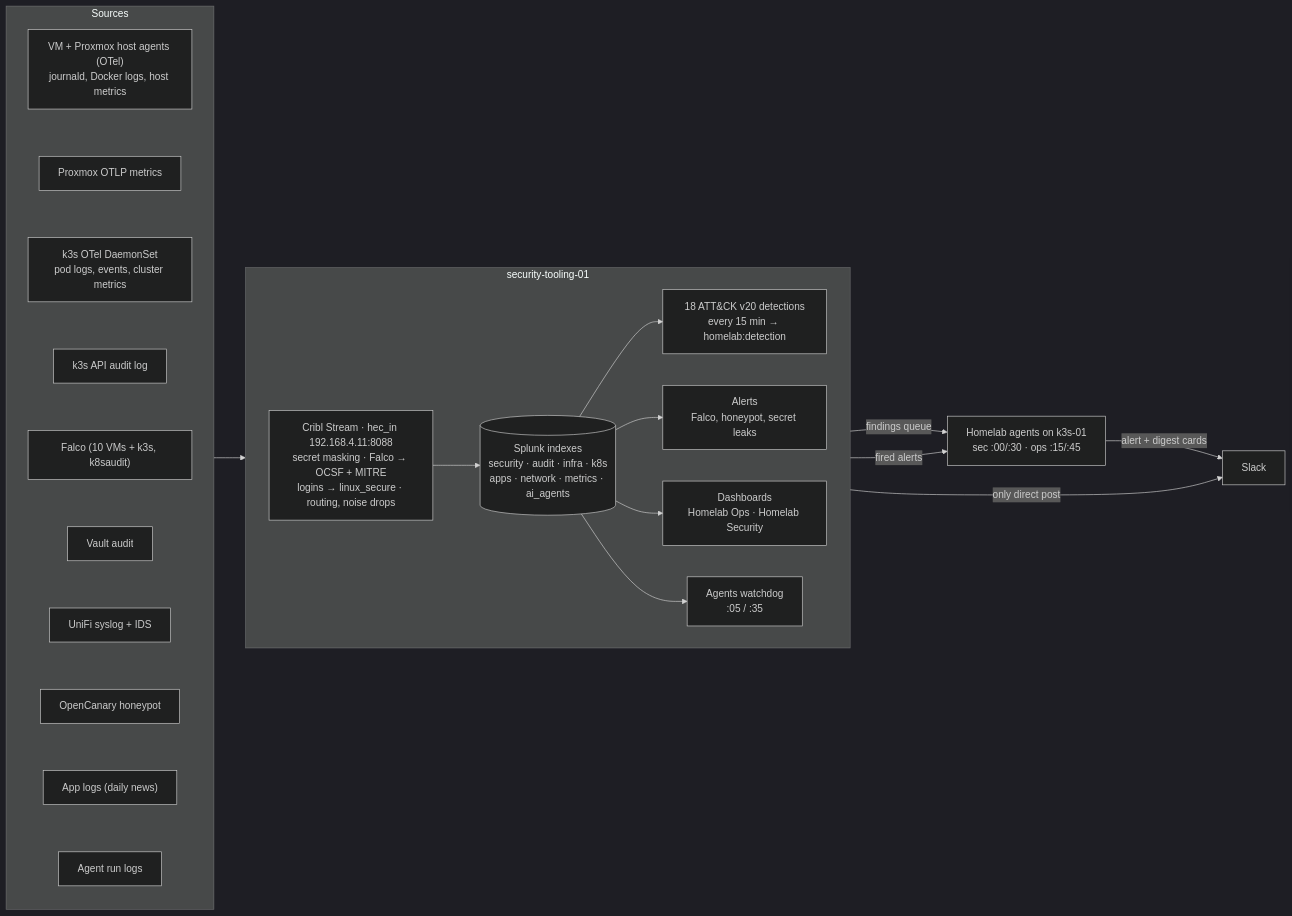
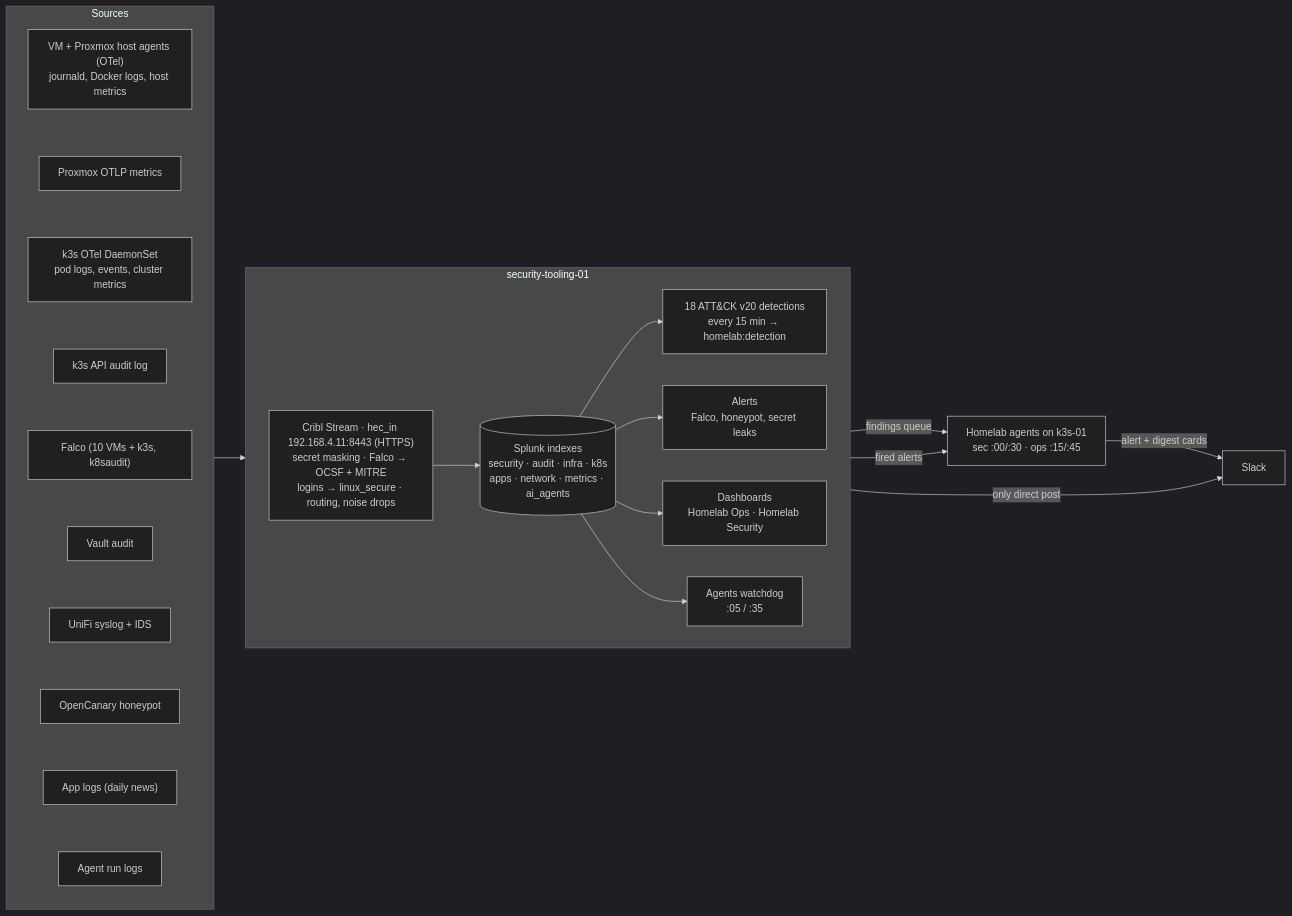
The diagram in docs/architecture.md (bmorri13/homelab), drawn with Mermaid (dark theme) before and after one commit. The commit also changed 23 other files, not shown here.

````diff
--- a/docs/architecture.md
+++ b/docs/architecture.md
@@ -16,34 +16,34 @@
 ```mermaid
 flowchart LR
     subgraph src["Sources"]
         direction TB
         hosts["VM + Proxmox host agents (OTel)<br/>journald, Docker logs, host metrics"]
         pvem["Proxmox OTLP metrics"]
         k8s["k3s OTel DaemonSet<br/>pod logs, events, cluster metrics"]
         audit["k3s API audit log"]
         falco["Falco (10 VMs + k3s, k8saudit)"]
         vaudit["Vault audit"]
         unifi["UniFi syslog + IDS"]
         canary["OpenCanary honeypot"]
         appl["App logs (daily news)"]
         agentlog["Agent run logs"]
         hosts ~~~ pvem ~~~ k8s ~~~ audit ~~~ falco ~~~ vaudit ~~~ unifi ~~~ canary ~~~ appl ~~~ agentlog
     end
 
     subgraph st["security-tooling-01"]
         direction LR
-        cribl["Cribl Stream · hec_in 192.168.4.11:8088<br/>secret masking · Falco → OCSF + MITRE<br/>logins → linux_secure · routing, noise drops"]
+        cribl["Cribl Stream · hec_in 192.168.4.11:8443 (HTTPS)<br/>secret masking · Falco → OCSF + MITRE<br/>logins → linux_secure · routing, noise drops"]
         idx[("Splunk indexes<br/>security · audit · infra · k8s<br/>apps · network · metrics · ai_agents")]
         det["18 ATT&CK v20 detections<br/>every 15 min → homelab:detection"]
         alerts["Alerts<br/>Falco, honeypot, secret leaks"]
         dash["Dashboards<br/>Homelab Ops · Homelab Security"]
         wd["Agents watchdog<br/>:05 / :35"]
     end
 
     src --> cribl --> idx
     idx --> det & alerts & dash & wd
     det -->|findings queue| agents["Homelab agents on k3s-01<br/>sec :00/:30 · ops :15/:45"]
     alerts -->|fired alerts| agents
     agents -->|alert + digest cards| slack["Slack"]
     wd -->|"only direct post"| slack
 ```
````
